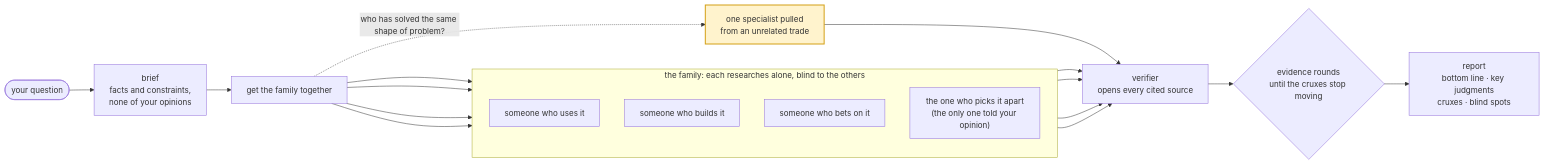
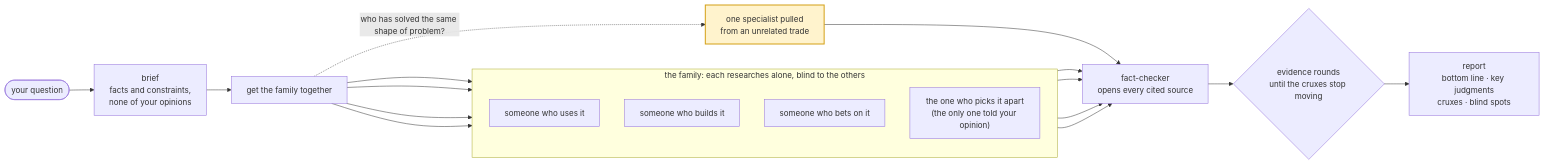
Before and after one commit to xhyumiracle/family-skill: the diagram in README.md, drawn with Mermaid. The commit also changed other lines of this file and 9 other files, not shown here.

````diff
--- a/README.md
+++ b/README.md
@@ -15,19 +92,19 @@
 ```mermaid
 flowchart LR
   Q([your question]) --> B["brief<br/>facts and constraints,<br/>none of your opinions"]
   B --> C["get the family together"]
   subgraph crew ["the family: each researches alone, blind to the others"]
     direction TB
     S1["someone who uses it"]
     S2["someone who builds it"]
     S3["someone who bets on it"]
     S4["the one who picks it apart<br/>(the only one told your opinion)"]
   end
   O["one specialist pulled<br/>from an unrelated trade"]:::far
   C --> S1 & S2 & S3 & S4
   C -. "who has solved the same shape of problem?" .-> O
-  S1 & S2 & S3 & S4 & O --> V["verifier<br/>opens every cited source"]
+  S1 & S2 & S3 & S4 & O --> V["fact-checker<br/>opens every cited source"]
   V --> E{"evidence rounds<br/>until the cruxes stop moving"}
   E --> R["report<br/>bottom line · key judgments<br/>cruxes · blind spots"]
   classDef far fill:#fff3cd,stroke:#d4a017,stroke-width:2px
 ```
````
